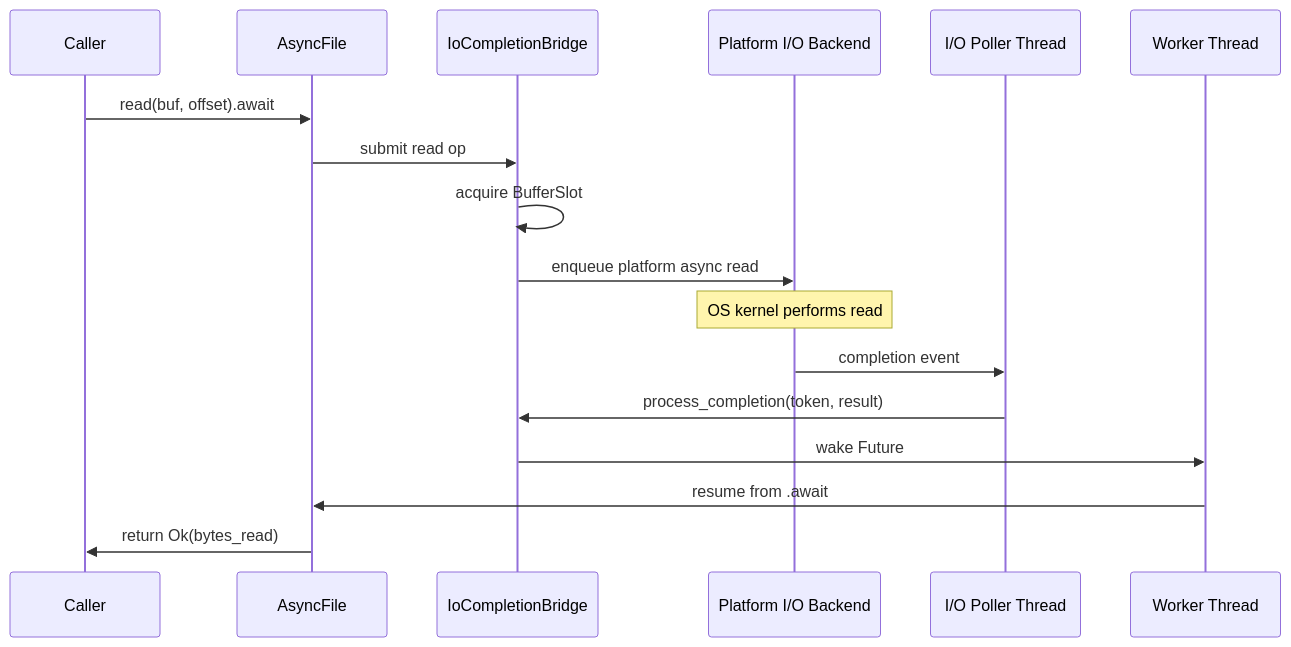
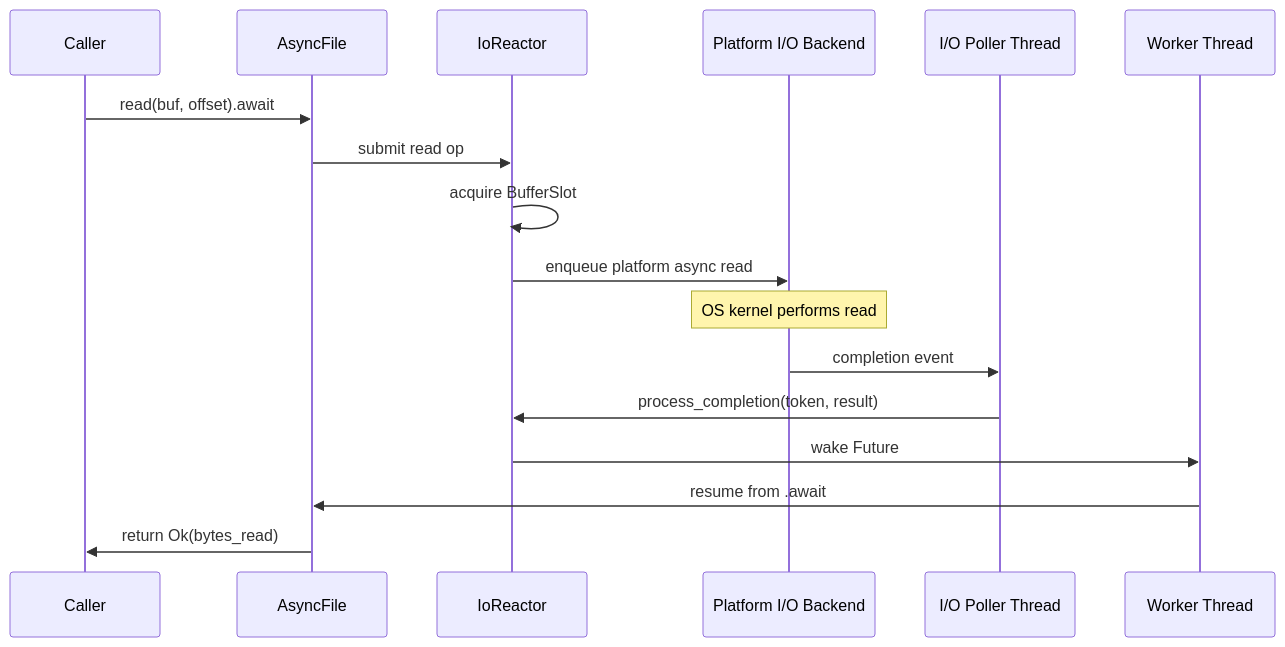
The second of 5 diagrams in docs/design/platform/os-integration.md (harmonius-dev/harmonius), drawn with Mermaid before and after one commit. The commit also changed other lines of this file and 77 other files, not shown here.

````diff
--- a/docs/design/platform/os-integration.md
+++ b/docs/design/platform/os-integration.md
@@ -147,21 +147,21 @@
 ```mermaid
 sequenceDiagram
     participant C as Caller
     participant AF as AsyncFile
-    participant IO as IoCompletionBridge
+    participant IO as IoReactor
     participant PB as Platform I/O Backend
     participant PT as I/O Poller Thread
     participant W as Worker Thread
 
     C->>AF: read(buf, offset).await
     AF->>IO: submit read op
     IO->>IO: acquire BufferSlot
     IO->>PB: enqueue platform async read
     Note over PB: OS kernel performs read
 
     PB->>PT: completion event
     PT->>IO: process_completion(token, result)
     IO->>W: wake Future
     W->>AF: resume from .await
     AF->>C: return Ok(bytes_read)
 ```
````
